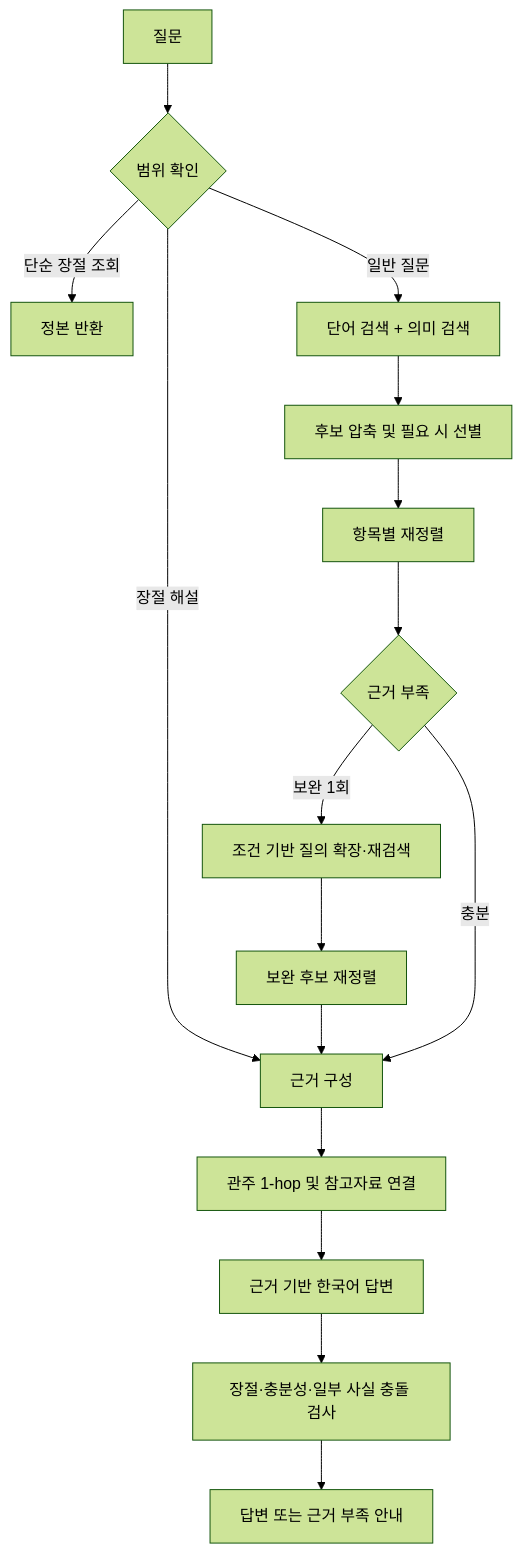
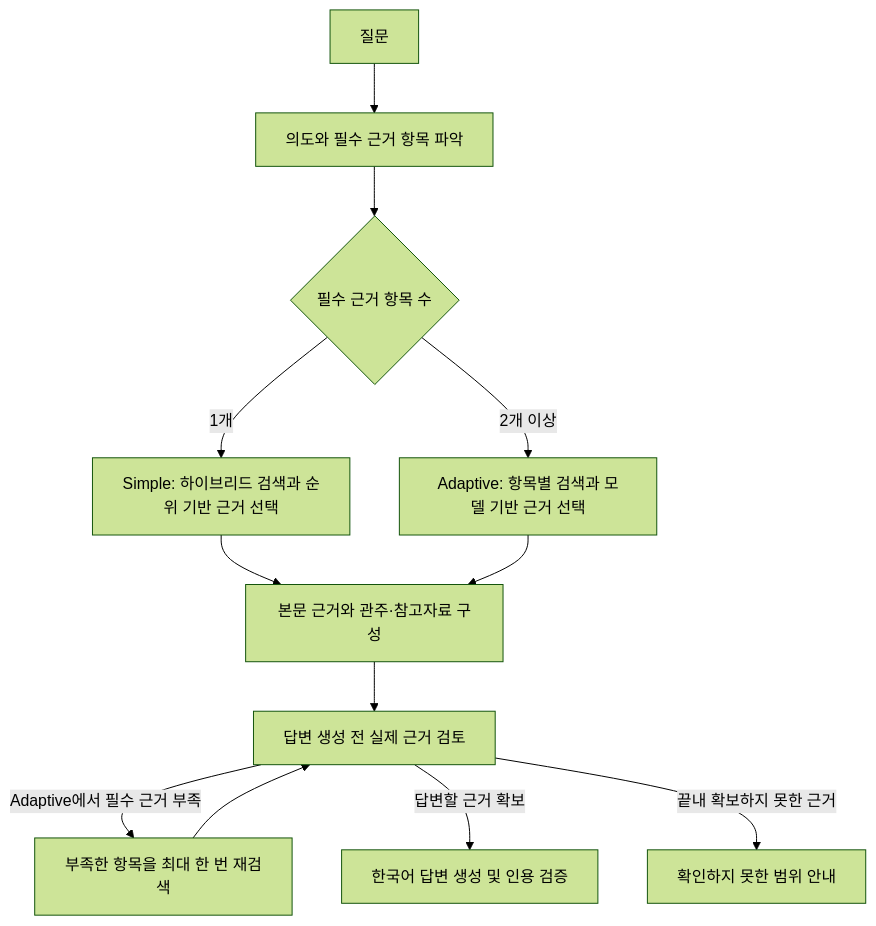
Before and after one commit to IngKKo1164/BibleOn_RAG: the diagram in README.md, drawn with Mermaid (forest theme). The commit also changed other lines of this file, not shown here.

````diff
--- a/README.md
+++ b/README.md
@@ -7,18 +9,14 @@
 ```mermaid
 flowchart TD
-    Q[질문] --> R{범위 확인}
-    R -->|단순 장절 조회| T[정본 반환]
-    R -->|장절 해설| E[근거 구성]
-    R -->|일반 질문| S[단어 검색 + 의미 검색]
-    S --> B[후보 압축 및 필요 시 선별]
-    B --> K[항목별 재정렬]
-    K --> C{근거 부족}
-    C -->|보완 1회| X[조건 기반 질의 확장·재검색]
-    X --> K2[보완 후보 재정렬]
-    K2 --> E
-    C -->|충분| E
-    E --> H[관주 1-hop 및 참고자료 연결]
-    H --> G[근거 기반 한국어 답변]
-    G --> V[장절·충분성·일부 사실 충돌 검사]
-    V --> O[답변 또는 근거 부족 안내]
+    Q[질문] --> I[의도와 필수 근거 항목 파악]
+    I --> N{필수 근거 항목 수}
+    N -->|1개| S[Simple: 하이브리드 검색과 순위 기반 근거 선택]
+    N -->|2개 이상| A[Adaptive: 항목별 검색과 모델 기반 근거 선택]
+    S --> E[본문 근거와 관주·참고자료 구성]
+    A --> E
+    E --> V[답변 생성 전 실제 근거 검토]
+    V -->|Adaptive에서 필수 근거 부족| R[부족한 항목을 최대 한 번 재검색]
+    R --> V
+    V -->|답변할 근거 확보| G[한국어 답변 생성 및 인용 검증]
+    V -->|끝내 확보하지 못한 근거| O[확인하지 못한 범위 안내]
 ```
````
